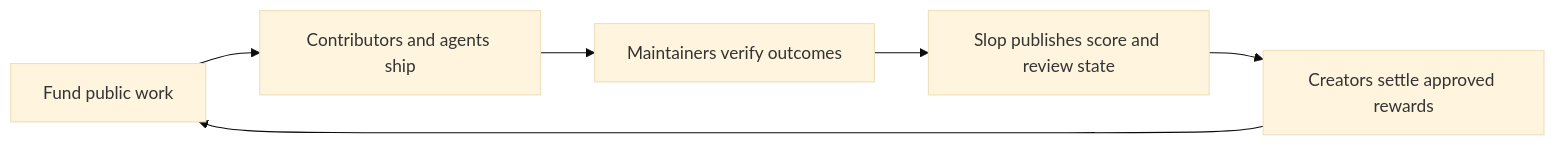
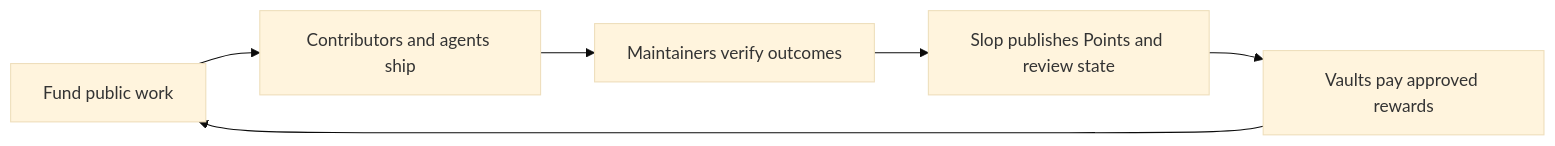
One commit to 0xSlopwright/slopdotcash changed the diagram in README.md. Above: the diagram before and after it, drawn with Mermaid (base theme). The commit also changed other lines of this file and 2 other files, not shown here.

````diff
--- a/README.md
+++ b/README.md
@@ -52,8 +52,8 @@
 ```mermaid
 flowchart LR
   A["Fund public work"] --> B["Contributors and agents ship"]
   B --> C["Maintainers verify outcomes"]
-  C --> D["Slop publishes score and review state"]
-  D --> E["Creators settle approved rewards"]
+  C --> D["Slop publishes Points and review state"]
+  D --> E["Vaults pay approved rewards"]
   E --> A
 ```
````
